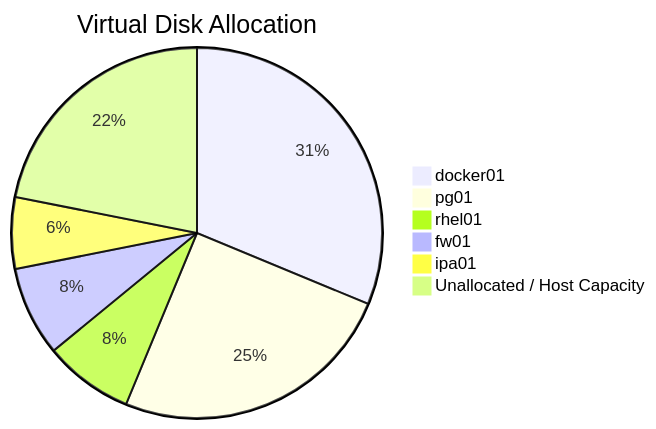
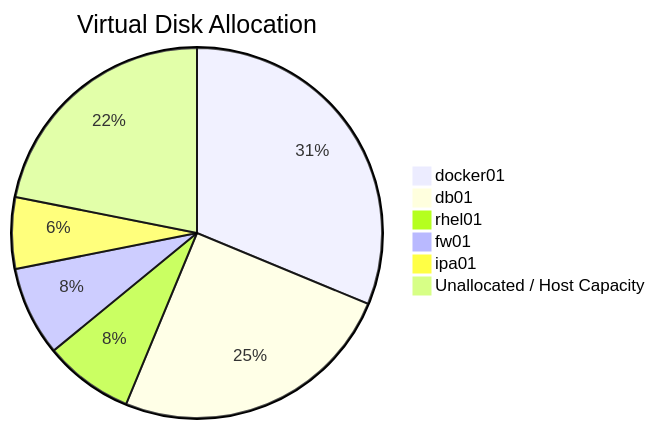
Before and after one commit to O2BUCAK/EnterpriseReferenceArchitecture: the fifth of 14 diagrams in docs/02-resource-matrix/vm-resource-matrix.md, drawn with Mermaid. The commit also changed other lines of this file, not shown here.

````diff
--- a/docs/02-resource-matrix/vm-resource-matrix.md
+++ b/docs/02-resource-matrix/vm-resource-matrix.md
@@ -252,9 +252,9 @@
 ```mermaid
 pie title Virtual Disk Allocation
     "docker01" : 160
-    "pg01" : 128
+    "db01" : 128
     "rhel01" : 40
     "fw01" : 40
     "ipa01" : 32
     "Unallocated / Host Capacity" : 112
 ```
````
